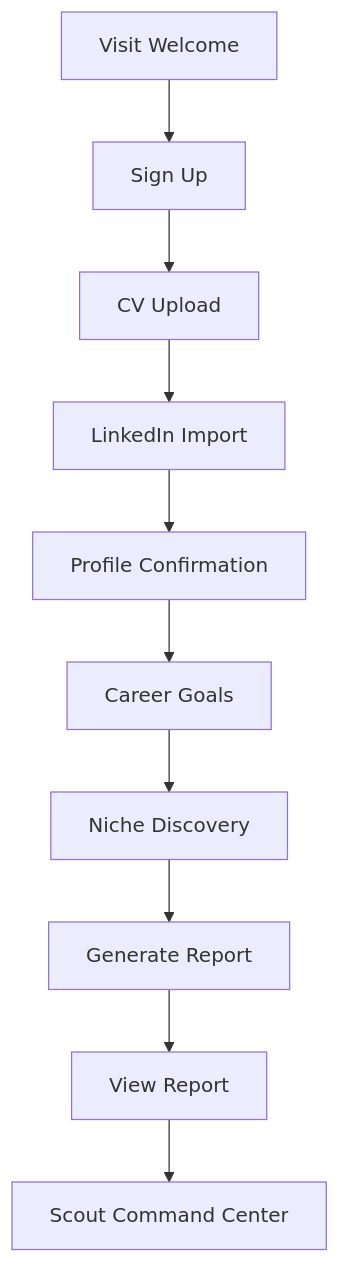
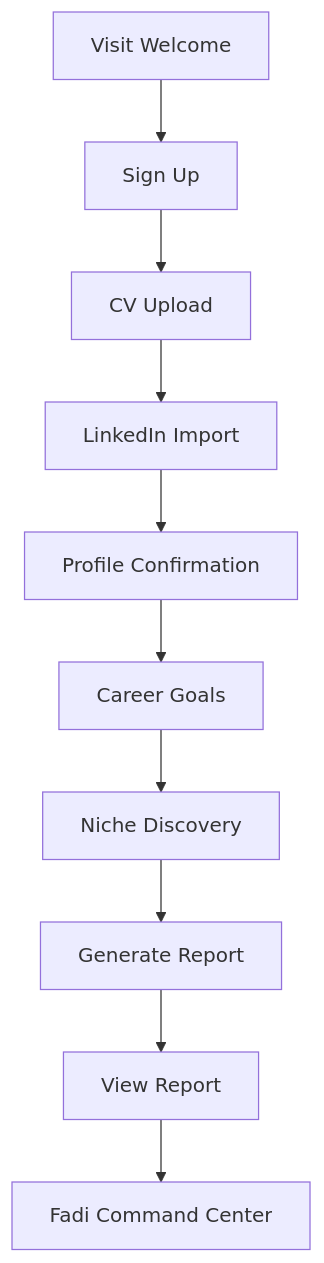
Before and after one commit to Mirzzie/Fadi: the diagram in docs/ONBOARDING_FUNNEL.md, drawn with Mermaid. The commit also changed other lines of this file and 158 other files, not shown here.

First line of the commit message:
refactor!: rename agent Scout→Fadi and brand CareerOS→FadiOS

````diff
--- a/docs/ONBOARDING_FUNNEL.md
+++ b/docs/ONBOARDING_FUNNEL.md
@@ -9,12 +9,12 @@
 ```mermaid
 flowchart TD
     Visit[Visit Welcome] --> Signup[Sign Up]
     Signup --> CV[CV Upload]
     CV --> LinkedIn[LinkedIn Import]
     LinkedIn --> Profile[Profile Confirmation]
     Profile --> Goals[Career Goals]
     Goals --> Niche[Niche Discovery]
     Niche --> Analysis[Generate Report]
     Analysis --> Report[View Report]
-    Report --> Dashboard[Scout Command Center]
+    Report --> Dashboard[Fadi Command Center]
 ```
````
